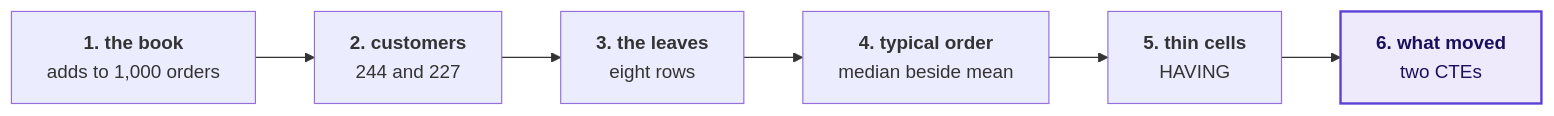
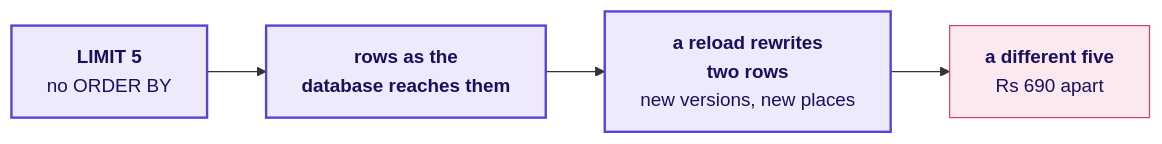
One commit to fde-academy-lab/c2-content-factory changed the third of 8 diagrams in content/W02/D1/slides/C2_W02_D01_half2_STUDENT.md. Above: the diagram before and after it, drawn with Mermaid. The commit also changed other lines of this file and 3 other files, not shown here.

````diff
--- a/content/W02/D1/slides/C2_W02_D01_half2_STUDENT.md
+++ b/content/W02/D1/slides/C2_W02_D01_half2_STUDENT.md
@@ -87,7 +249,10 @@
 ```mermaid
 flowchart LR
-    A["<b>1. the book</b><br/>adds to 1,000 orders"] --> B["<b>2. customers</b><br/>244 and 227"] --> C["<b>3. the leaves</b><br/>eight rows"]
-    C --> D["<b>4. typical order</b><br/>median beside mean"] --> E["<b>5. thin cells</b><br/>HAVING"] --> F["<b>6. what moved</b><br/>two CTEs"]
+    A["<b>LIMIT 5</b><br/>no ORDER BY"] --> B["<b>rows as the<br/>database reaches them</b>"]
+    B --> C["<b>a reload rewrites<br/>two rows</b><br/>new versions, new places"]
+    C --> D["<b>a different five</b><br/>Rs 690 apart"]
     classDef known fill:#EEEAFB,stroke:#5B3FD6,color:#1A0F5C,stroke-width:2px
-    class F known
+    classDef bad fill:#FBE9EF,stroke:#D63A6A,color:#1A0F5C
+    class A,B,C known
+    class D bad
 ```
````
